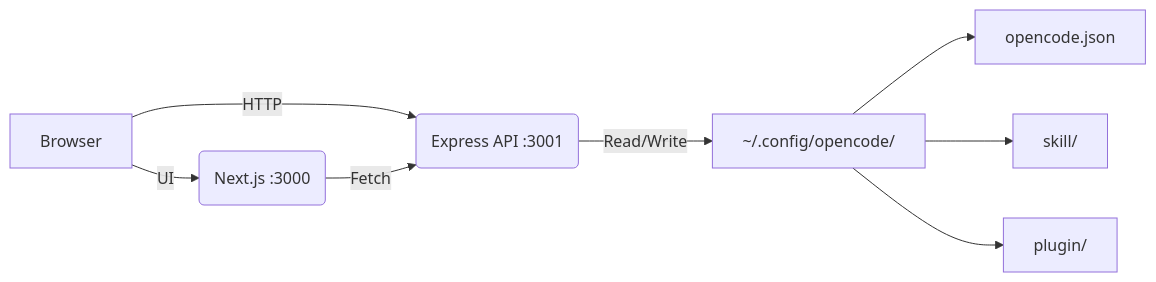
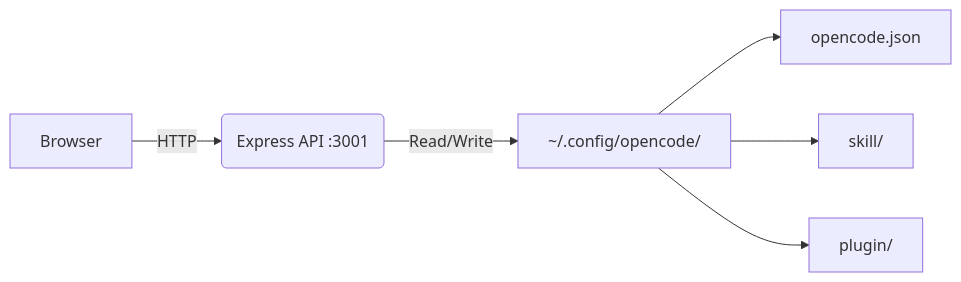
Before and after one commit to Microck/opencode-studio: the diagram in README.md, drawn with Mermaid. The commit also changed other lines of this file and 10 other files, not shown here.

````diff
--- a/README.md
+++ b/README.md
@@ -108,10 +63,8 @@
 ```mermaid
 flowchart LR
     A[Browser] -->|HTTP| B(Express API :3001)
     B -->|Read/Write| C[~/.config/opencode/]
     C --> D[opencode.json]
     C --> E[skill/]
     C --> F[plugin/]
-    A -->|UI| G(Next.js :3000)
-    G -->|Fetch| B
 ```
````
